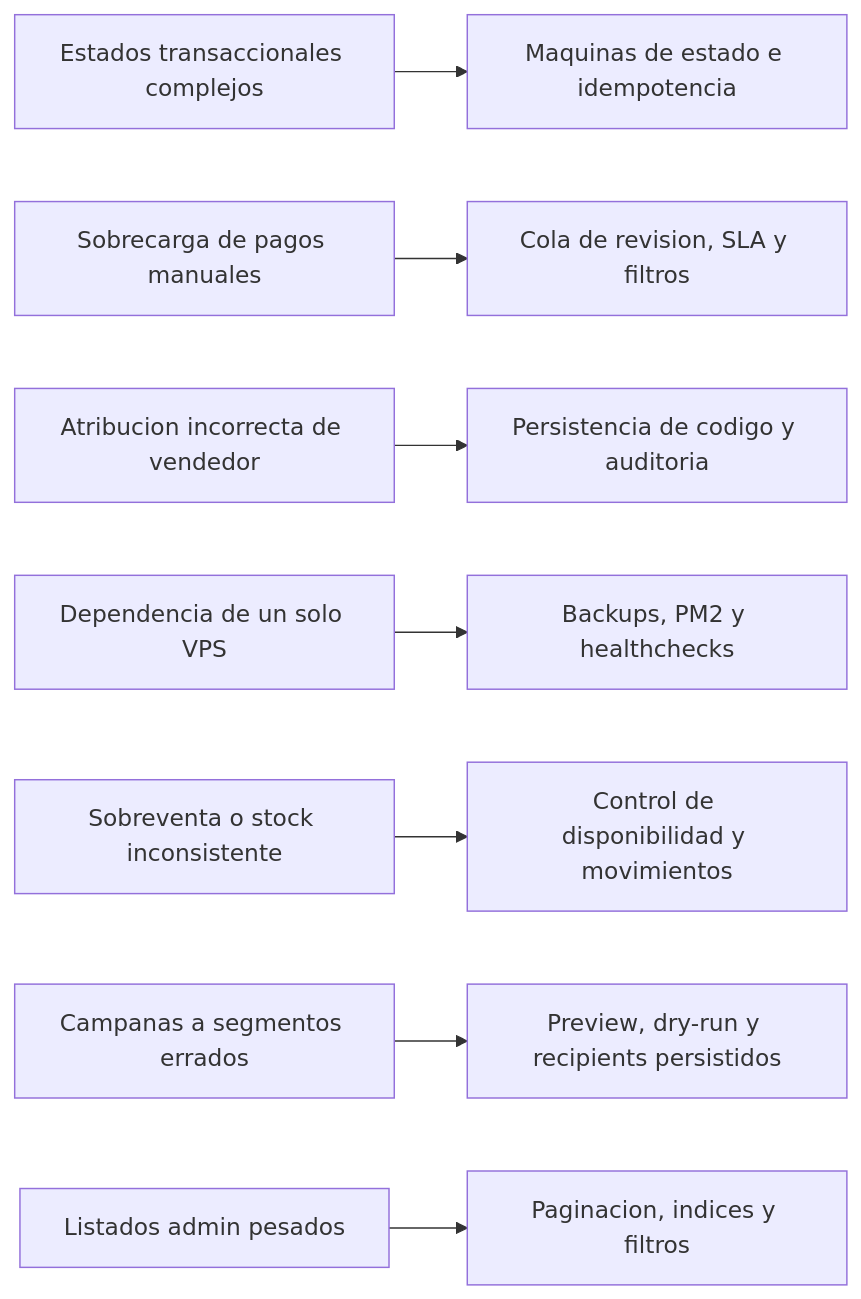
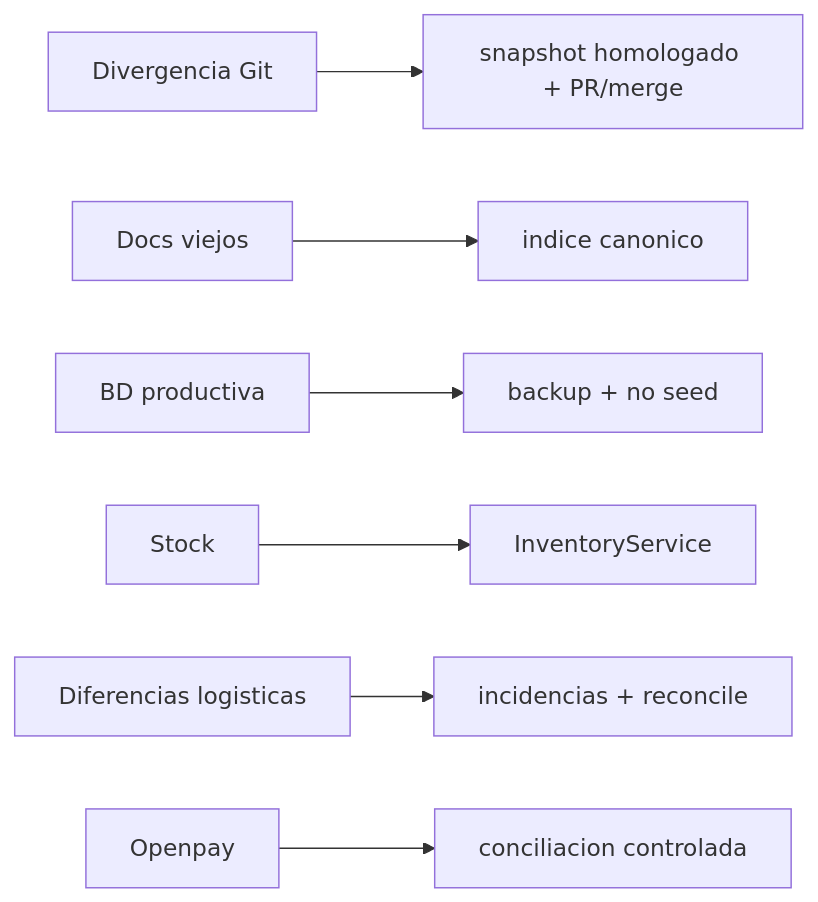
Before and after one commit to Raphap-1993/ERP-HUELEHUELE: the diagram in docs/architecture/risks-and-mitigations.md, drawn with Mermaid. The commit also changed other lines of this file and 164 other files, not shown here.

````diff
--- a/docs/architecture/risks-and-mitigations.md
+++ b/docs/architecture/risks-and-mitigations.md
@@ -9,10 +20,9 @@
 ```mermaid
 flowchart LR
-  states["Estados transaccionales complejos"] --> statesMit["Maquinas de estado e idempotencia"]
-  manual["Sobrecarga de pagos manuales"] --> manualMit["Cola de revision, SLA y filtros"]
-  seller["Atribucion incorrecta de vendedor"] --> sellerMit["Persistencia de codigo y auditoria"]
-  vps["Dependencia de un solo VPS"] --> vpsMit["Backups, PM2 y healthchecks"]
-  stock["Sobreventa o stock inconsistente"] --> stockMit["Control de disponibilidad y movimientos"]
-  campaigns["Campanas a segmentos errados"] --> campaignsMit["Preview, dry-run y recipients persistidos"]
-  adminPerf["Listados admin pesados"] --> adminPerfMit["Paginacion, indices y filtros"]
+  git["Divergencia Git"] --> gitMit["snapshot homologado + PR/merge"]
+  docs["Docs viejos"] --> docsMit["indice canonico"]
+  db["BD productiva"] --> dbMit["backup + no seed"]
+  stock["Stock"] --> stockMit["InventoryService"]
+  transfers["Diferencias logisticas"] --> transfersMit["incidencias + reconcile"]
+  openpay["Openpay"] --> openpayMit["conciliacion controlada"]
 ```
````
